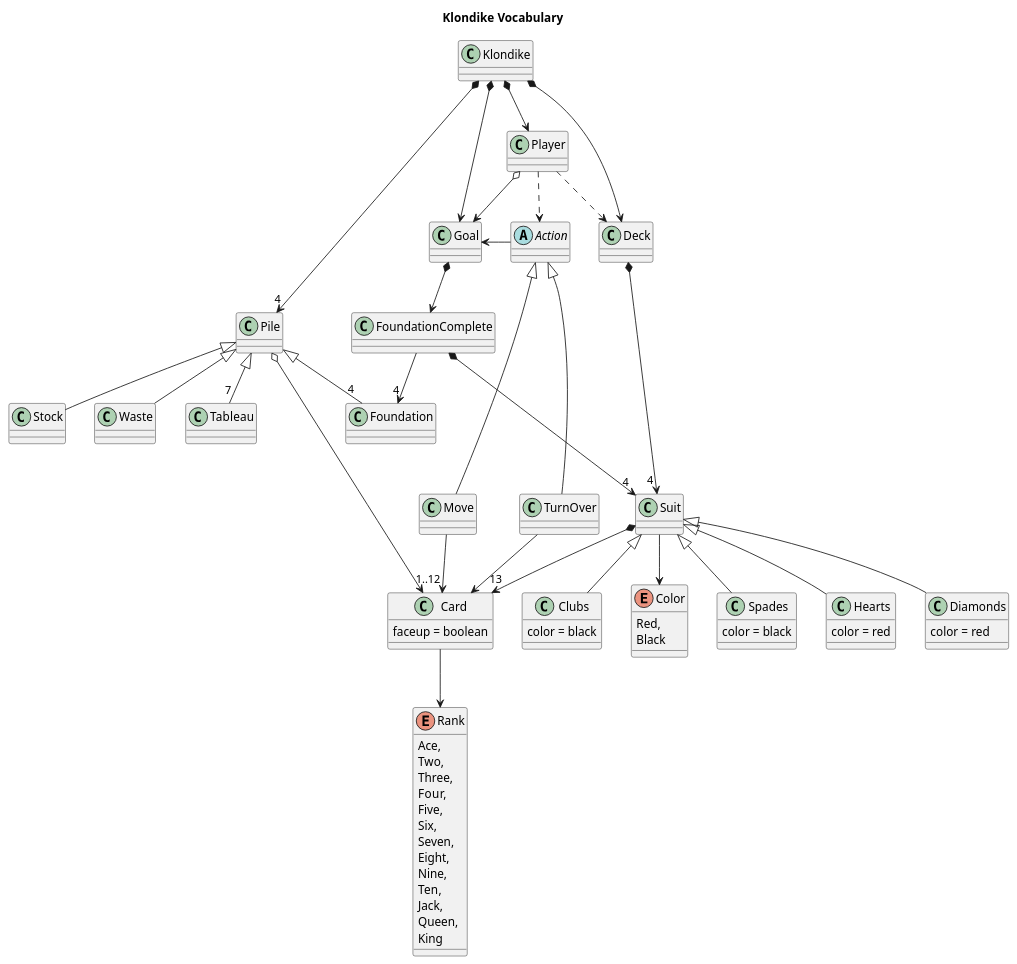
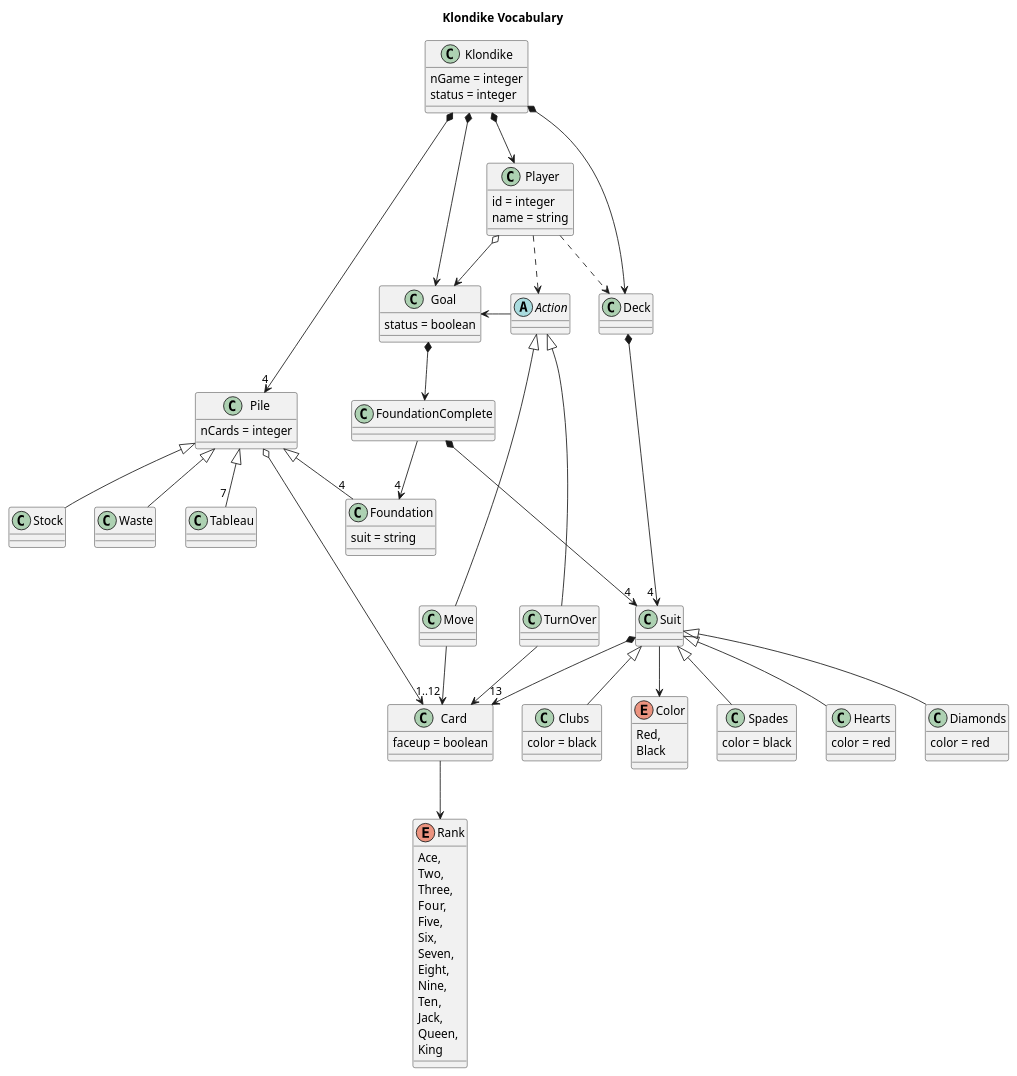
Before and after one commit to USantaTecla-ed-mpds/lab-boole: the diagram in tech-plantuml/game-klondike/semanaActual/docs/klondike--vocabulary.puml, drawn with PlantUML.

Commit message:
Klondike: Update Vocabulary. Add props to class from state diagrams

```diff
--- a/tech-plantuml/game-klondike/semanaActual/docs/klondike--vocabulary.puml
+++ b/tech-plantuml/game-klondike/semanaActual/docs/klondike--vocabulary.puml
@@ -1,106 +1,118 @@
 @startuml klondike--vocabulary
 
 title Klondike Vocabulary
 
-class Klondike
-class Player
+class Klondike {
+    nGame = integer
+    status = integer
+}
+class Player {
+    id = integer
+    name = string
+}
 
-class Pile
+class Pile {
+    nCards = integer
+}
     class Stock
     class Waste
-    class Foundation
+    class Foundation {
+        suit = string
+    }
     class Tableau
 
 class Deck
 
 class Card {
     faceup = boolean
 }
 enum Rank {
     Ace,
     Two,
     Three,
     Four,
     Five,
     Six,
     Seven,
     Eight,
     Nine,
     Ten,
     Jack,
     Queen,
     King
 }
 
 class Suit
     class Spades
     class Hearts
     class Diamonds
     class Clubs
 
 enum Color {
     Red,
     Black
 }
 
 abstract Action
     class Move
     class TurnOver
 
-class Goal
+class Goal {
+    status = boolean
+}
 
 class Spades {
     color = black
 }
 
 class Clubs {
     color = black
 }
 
 class Diamonds {
     color = red
 }
 
 class Hearts {
     color = red
 }
 
 
 
 Klondike *--> Player
 Klondike *--> "4" Pile
 Klondike *--> Deck
 Klondike *--> Goal
 
 Player ..> Action
 Player o--> Goal
 Player ..> Deck
 Goal *--> FoundationComplete
 FoundationComplete --> "4" Foundation
 FoundationComplete *---> "4" Suit
 
 Action -left-> Goal
 Action <|-down-- Move
 Action <|-down-- TurnOver
 Move --> "1..12" Card
 TurnOver --> Card
 
 Pile o--> Card
 Pile <|-down- Stock
 Pile <|-down- Waste
 Pile <|-down- "4" Foundation
 Pile <|-down- "7" Tableau
 
 Deck *---> "4 " Suit
 Suit *--> "13" Card
 Card --> Rank
 
 Suit --> Color
 Suit <|-- Hearts
 Suit <|-- Spades
 Suit <|-- Diamonds
 Suit <|-- Clubs
 
 
 
 @enduml
```
